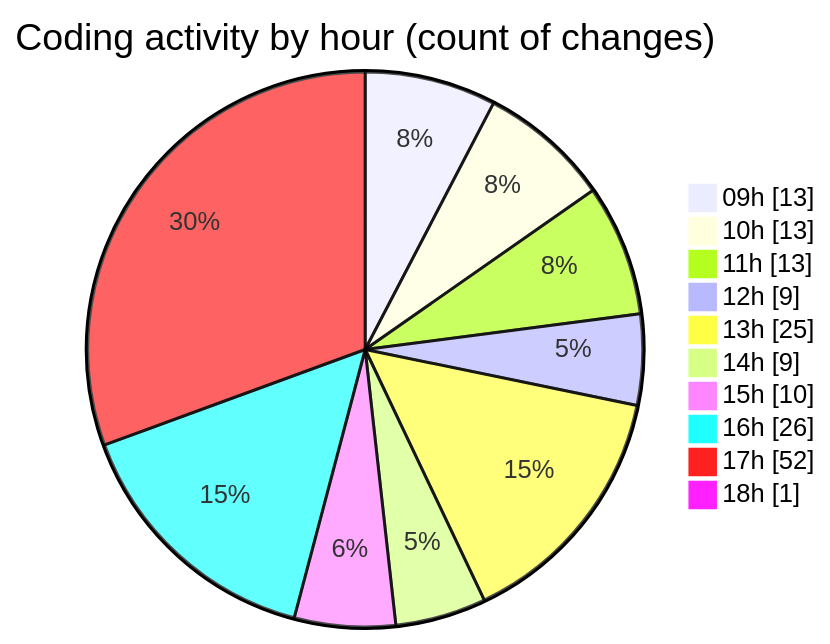
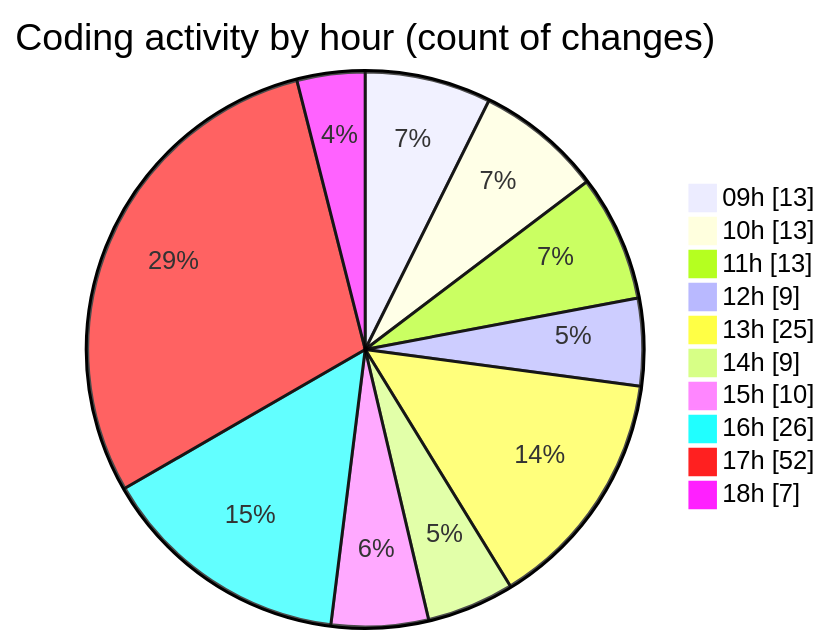
The second of 2 diagrams in 2025-09-23/cda/README.md (momahboobian/code-tracking), drawn with Mermaid before and after one commit. The commit also changed other lines of this file and 1 other file, not shown here.

````diff
--- a/2025-09-23/cda/README.md
+++ b/2025-09-23/cda/README.md
@@ -49,14 +49,14 @@
 ```mermaid
 pie showData
 title Coding activity by hour (count of changes)
 "09h" : 13
 "10h" : 13
 "11h" : 13
 "12h" : 9
 "13h" : 25
 "14h" : 9
 "15h" : 10
 "16h" : 26
 "17h" : 52
-"18h" : 1
+"18h" : 7
 ```
````
